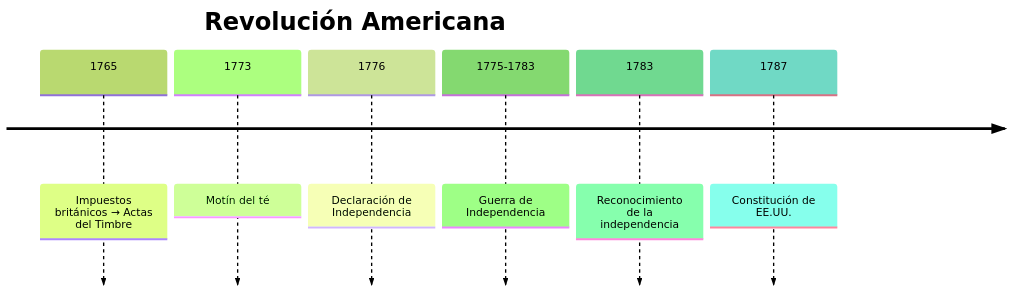
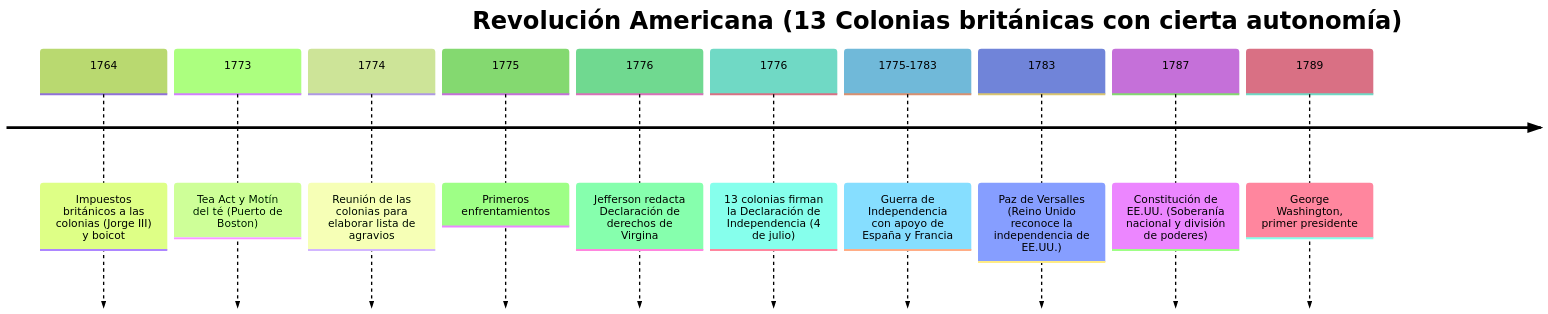
The third of 10 diagrams in Historia y Geografia/Tema2. Las revoluciones liberales.md (ajab138/OscarColegio), drawn with Mermaid (forest theme) before and after one commit. The commit also changed other lines of this file, not shown here.

````diff
--- a/Historia y Geografia/Tema2. Las revoluciones liberales.md
+++ b/Historia y Geografia/Tema2. Las revoluciones liberales.md
@@ -46,10 +24,14 @@
 ```mermaid
 timeline
-  title Revolución Americana
-  1765 : Impuestos británicos → Actas del Timbre
-  1773 : Motín del té
-  1776 : Declaración de Independencia
-  1775-1783 : Guerra de Independencia
-  1783 : Reconocimiento de la independencia
-  1787 : Constitución de EE.UU.
+  title Revolución Americana (13 Colonias británicas con cierta autonomía)
+  1764 : Impuestos británicos a las colonias (Jorge III) y boicot
+  1773 : Tea Act y Motín del té (Puerto de Boston)
+  1774 : Reunión de las colonias para elaborar lista de agravios
+  1775 : Primeros enfrentamientos
+  1776 : Jefferson redacta Declaración de derechos de Virgina
+  1776 : 13 colonias firman la Declaración de Independencia (4 de julio)
+  1775-1783 : Guerra de Independencia con apoyo de España y Francia 
+  1783:  Paz de Versalles (Reino Unido reconoce la independencia de EE.UU.)
+  1787 : Constitución de EE.UU. (Soberanía nacional y división de poderes)
+  1789 : George Washington, primer presidente
 ```
````
